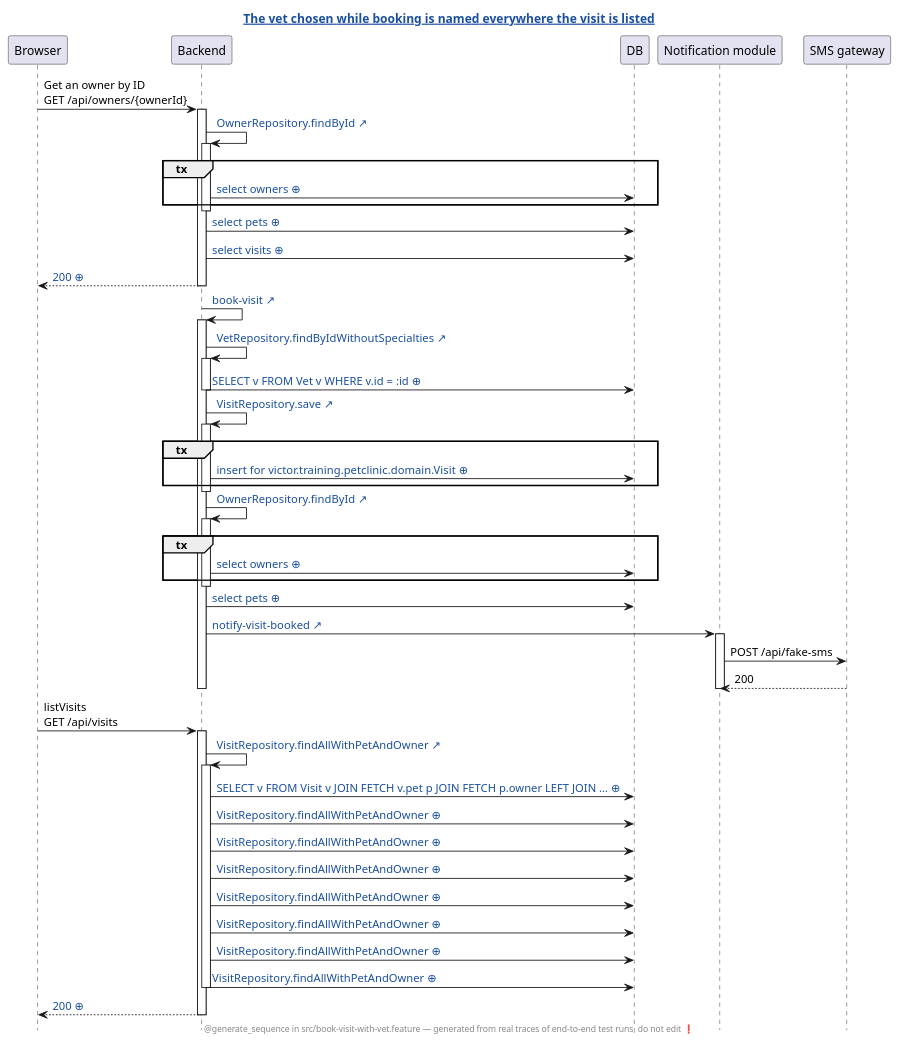
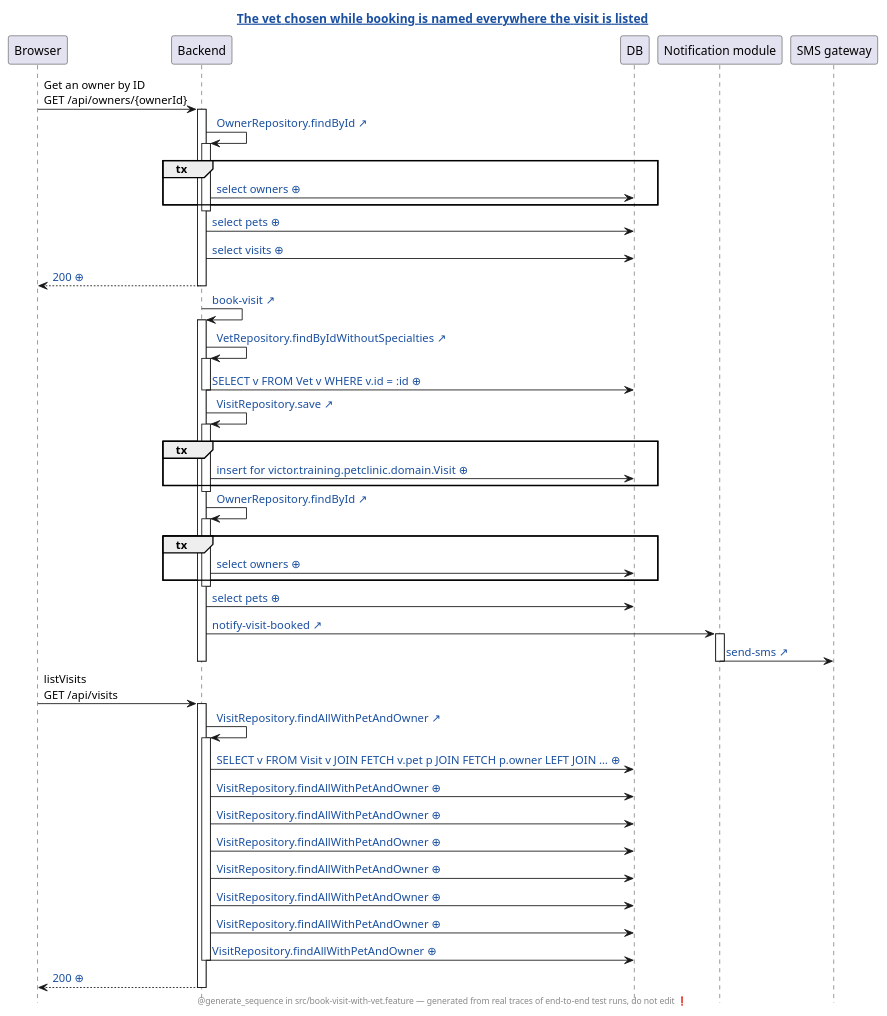
The diagram in petclinic-test/generated/book-visit-with-vet.feature.the-vet-chosen-while-booking-is-named-everywhere-the-visit-is-listed.genseq.puml (victorrentea/petclinic), drawn with PlantUML before and after one commit. The commit also changed 9 other files, not shown here.

First line of the commit message:
Redraw the sequences without the empty JDBC arrows

```diff
--- a/petclinic-test/generated/book-visit-with-vet.feature.the-vet-chosen-while-booking-is-named-everywhere-the-visit-is-listed.genseq.puml
+++ b/petclinic-test/generated/book-visit-with-vet.feature.the-vet-chosen-while-booking-is-named-everywhere-the-visit-is-listed.genseq.puml
@@ -1,65 +1,64 @@
 @startuml
 ' ⚠️  GENERATED FILE — DO NOT EDIT. Every edit is lost on the next run.
 hide footbox
 skinparam hyperlinkUnderline false
 skinparam hyperlinkColor #1A4FA0
 title [[src://petclinic-test/src/book-visit-with-vet.feature:18{Click to open the test} The vet chosen while booking is named everywhere the visit is listed]]
 footer @generate_sequence in src/book-visit-with-vet.feature — generated from real traces of end-to-end test runs, do not edit ❗
 participant Browser
 participant Backend
 participant DB
 participant "Notification module"
 participant "SMS gateway"
 Browser -> Backend: Get an owner by ID\nGET /api/owners/{ownerId}
 activate Backend
 Backend -> Backend: [[src://petclinic-backend/src/main/java/victor/training/petclinic/repository/OwnerRepository.java:14{Click to open OwnerRepository.findById} OwnerRepository.findById ↗]]
 activate Backend
 group tx
 Backend -> DB: [[genseq://0x8aana{Click for the statement behind this call} select owners ⊕]]
 end
 deactivate Backend
 Backend -> DB: [[genseq://18567ho{Click for the statement behind this call} select pets ⊕]]
 Backend -> DB: [[genseq://1eq1h2q{Click for the statement behind this call} select visits ⊕]]
-Backend --> Browser: [[genseq://1867f23{Click for this call’s JSON body} 200 ⊕]]
+Backend --> Browser: [[genseq://0k9x4kf{Click for this call’s JSON body} 200 ⊕]]
 deactivate Backend
 Backend -> Backend: [[src://petclinic-backend/src/main/java/victor/training/petclinic/rest/OwnerRestController.java:191{Click to open OwnerRestController.bookVisit} book-visit ↗]]
 activate Backend
 Backend -> Backend: [[src://petclinic-backend/src/main/java/victor/training/petclinic/repository/VetRepository.java:19{Click to open VetRepository.findByIdWithoutSpecialties} VetRepository.findByIdWithoutSpecialties ↗]]
 activate Backend
 Backend -> DB: [[genseq://0exss5m{Click for the statement behind this call} SELECT v FROM Vet v WHERE v.id = :id ⊕]]
 deactivate Backend
 Backend -> Backend: [[src://petclinic-backend/src/main/java/victor/training/petclinic/repository/VisitRepository.java:14{Click to open VisitRepository.save} VisitRepository.save ↗]]
 activate Backend
 group tx
-Backend -> DB: [[genseq://0shh6wx{Click for the statement behind this call} insert for victor.training.petclinic.domain.Visit ⊕]]
+Backend -> DB: [[genseq://0wuudg7{Click for the statement behind this call} insert for victor.training.petclinic.domain.Visit ⊕]]
 end
 deactivate Backend
 Backend -> Backend: [[src://petclinic-backend/src/main/java/victor/training/petclinic/repository/OwnerRepository.java:14{Click to open OwnerRepository.findById} OwnerRepository.findById ↗]]
 activate Backend
 group tx
 Backend -> DB: [[genseq://0x8aana{Click for the statement behind this call} select owners ⊕]]
 end
 deactivate Backend
 Backend -> DB: [[genseq://18567ho{Click for the statement behind this call} select pets ⊕]]
-Backend -> "Notification module": [[src://petclinic-backend/src/main/java/victor/training/petclinic/notification/FakeSmsNotificationSender.java:64{Click to open FakeSmsNotificationSender.visitBooked} notify-visit-booked ↗]]
+Backend -> "Notification module": [[src://petclinic-backend/src/main/java/victor/training/petclinic/notification/FakeSmsNotificationSender.java:45{Click to open FakeSmsNotificationSender.visitBooked} notify-visit-booked ↗]]
 activate "Notification module"
-"Notification module" -> "SMS gateway": POST /api/fake-sms
-"SMS gateway" --> "Notification module": 200
+"Notification module" -> "SMS gateway": [[src://petclinic-backend/src/main/java/victor/training/petclinic/notification/FakeSmsNotificationSender.java:47{Click to open FakeSmsNotificationSender.sendSms} send-sms ↗]]
 deactivate "Notification module"
 deactivate Backend
 Browser -> Backend: listVisits\nGET /api/visits
 activate Backend
 Backend -> Backend: [[src://petclinic-backend/src/main/java/victor/training/petclinic/repository/VisitRepository.java:20{Click to open VisitRepository.findAllWithPetAndOwner} VisitRepository.findAllWithPetAndOwner ↗]]
 activate Backend
 Backend -> DB: [[genseq://1706k1o{Click for the statement behind this call} SELECT v FROM Visit v JOIN FETCH v.pet p JOIN FETCH p.owner LEFT JOIN … ⊕]]
 Backend -> DB: [[genseq://0xm9qzg{Click for the statement behind this call} VisitRepository.findAllWithPetAndOwner ⊕]]
 Backend -> DB: [[genseq://070fg5f{Click for the statement behind this call} VisitRepository.findAllWithPetAndOwner ⊕]]
 Backend -> DB: [[genseq://1heb9yw{Click for the statement behind this call} VisitRepository.findAllWithPetAndOwner ⊕]]
 Backend -> DB: [[genseq://0cvbten{Click for the statement behind this call} VisitRepository.findAllWithPetAndOwner ⊕]]
 Backend -> DB: [[genseq://0g8ptx2{Click for the statement behind this call} VisitRepository.findAllWithPetAndOwner ⊕]]
 Backend -> DB: [[genseq://0i1m34t{Click for the statement behind this call} VisitRepository.findAllWithPetAndOwner ⊕]]
 Backend -> DB: [[genseq://094wceq{Click for the statement behind this call} VisitRepository.findAllWithPetAndOwner ⊕]]
 deactivate Backend
 Backend --> Browser: [[genseq://185icml{Click for this call’s JSON body} 200 ⊕]]
 deactivate Backend
 @enduml
```
